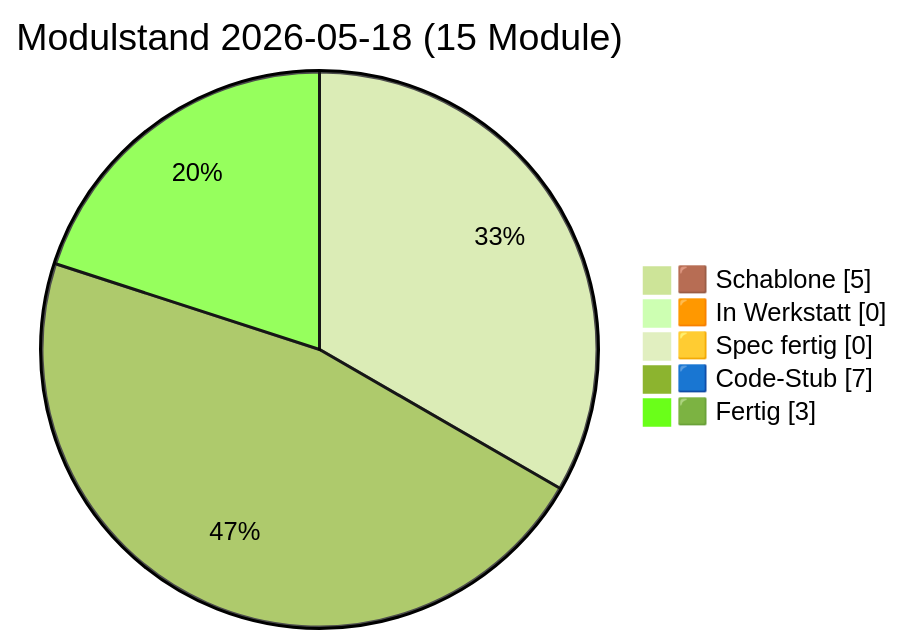
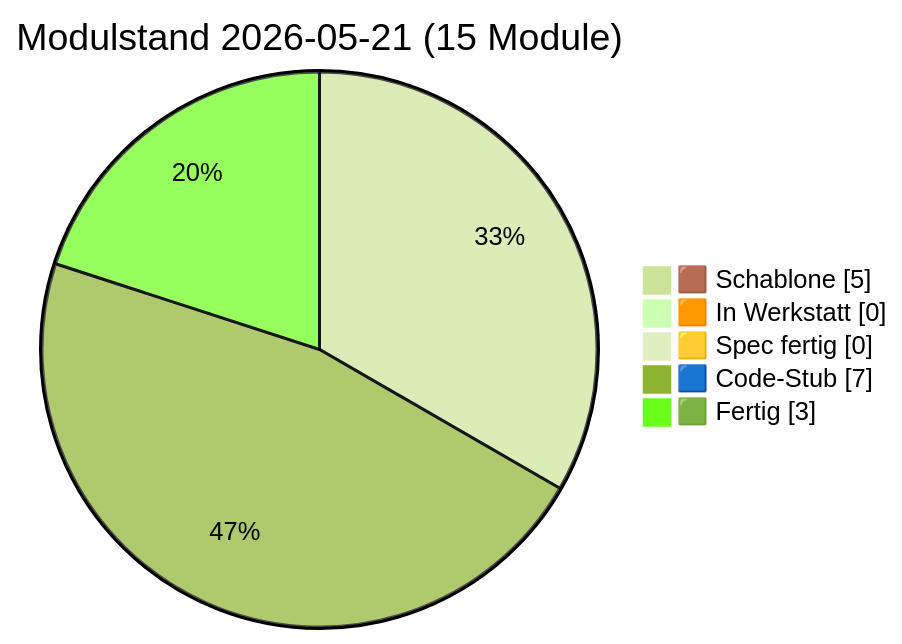
Before and after one commit to lausiklauskn-png/Sage-Protokol: the diagram in docs/PULS.md, drawn with Mermaid (forest theme). The commit also changed other lines of this file and 7 other files, not shown here.

````diff
--- a/docs/PULS.md
+++ b/docs/PULS.md
@@ -21,9 +21,9 @@
 ```mermaid
 pie showData
-  title Modulstand 2026-05-18 (15 Module)
+  title Modulstand 2026-05-21 (15 Module)
   "🟫 Schablone" : 5
   "🟧 In Werkstatt" : 0
   "🟨 Spec fertig" : 0
   "🟦 Code-Stub" : 7
   "🟩 Fertig" : 3
 ```
````
